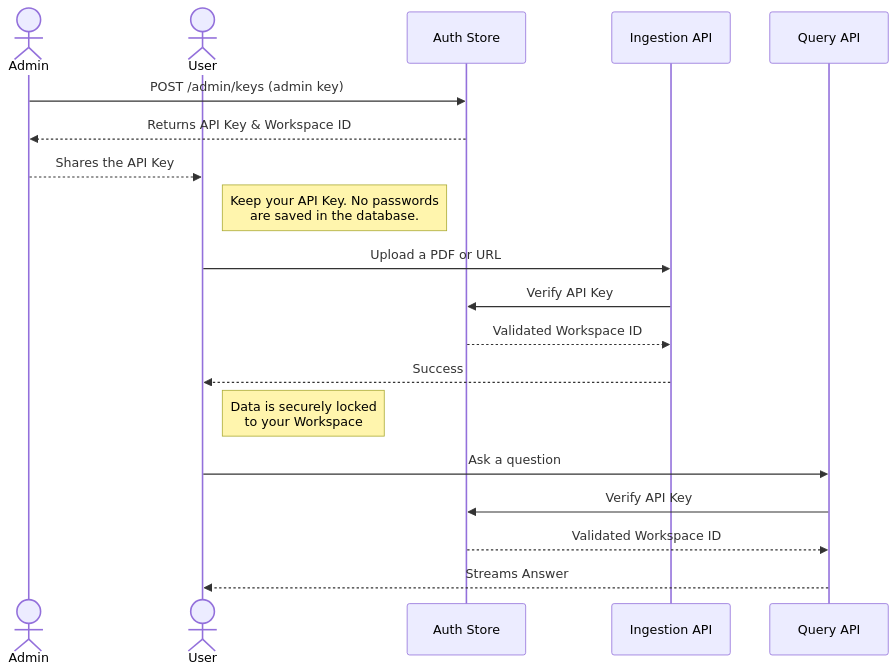
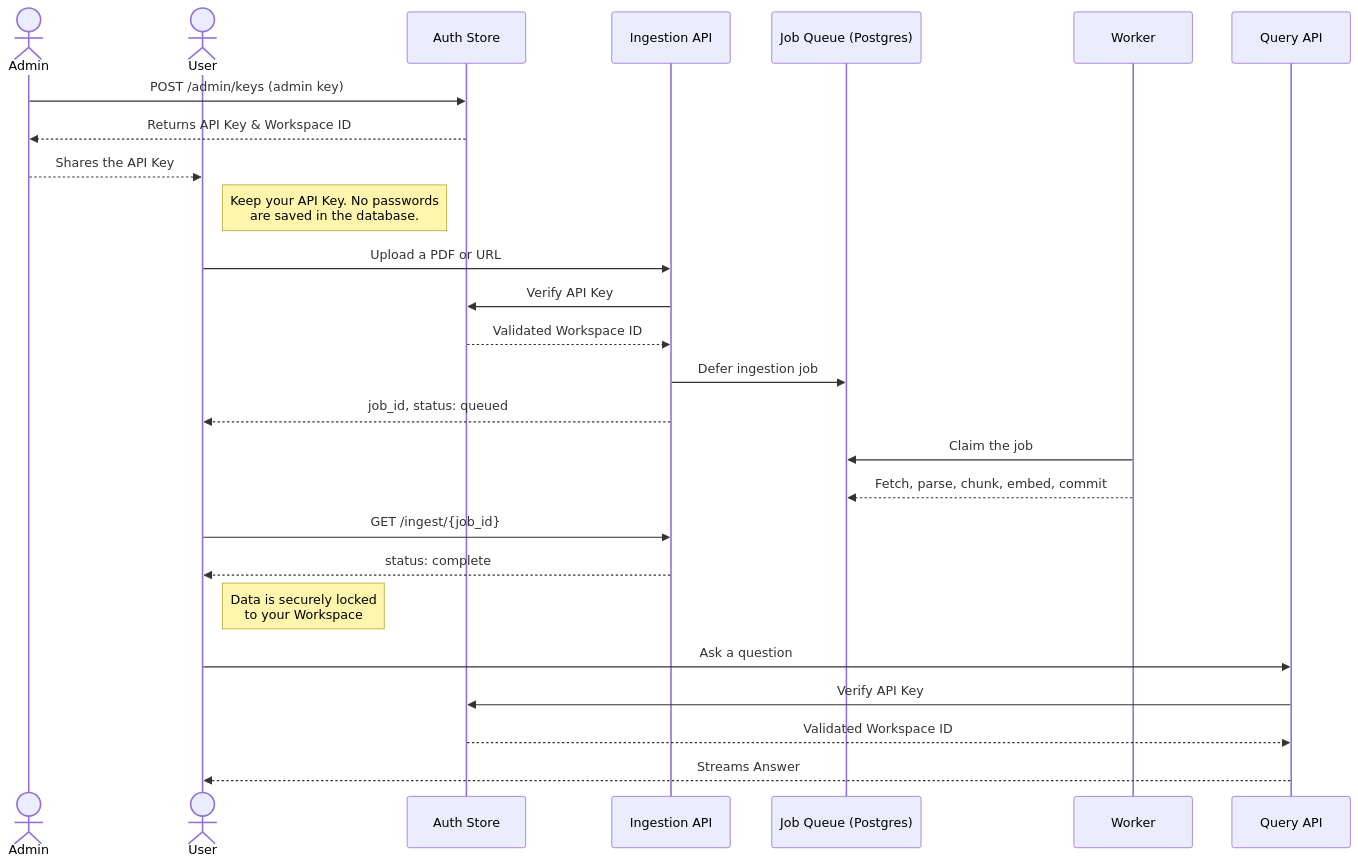
Before and after one commit to rudrabaru/nexus-rag: the first of 4 diagrams in README.md, drawn with Mermaid. The commit also changed other lines of this file and 3 other files, not shown here.

Commit message:
docs: update documentation for the Postgres and job-queue redesign

````diff
--- a/README.md
+++ b/README.md
@@ -108,27 +114,34 @@
 ```mermaid
 sequenceDiagram
     actor Admin
     actor User
     participant Auth as Auth Store
     participant Ingest as Ingestion API
+    participant Queue as Job Queue (Postgres)
+    participant Worker
     participant Query as Query API
 
     %% Key provisioning (admin only; there is no open sign-up)
     Admin->>Auth: POST /admin/keys (admin key)
     Auth-->>Admin: Returns API Key & Workspace ID
     Admin-->>User: Shares the API Key
     Note right of User: Keep your API Key. No passwords<br/>are saved in the database.
 
-    %% Ingestion
+    %% Ingestion: the API only validates and queues
     User->>Ingest: Upload a PDF or URL
     Ingest->>Auth: Verify API Key
     Auth-->>Ingest: Validated Workspace ID
-    Ingest-->>User: Success
+    Ingest->>Queue: Defer ingestion job
+    Ingest-->>User: job_id, status: queued
+    Worker->>Queue: Claim the job
+    Worker-->>Queue: Fetch, parse, chunk, embed, commit
+    User->>Ingest: GET /ingest/{job_id}
+    Ingest-->>User: status: complete
     Note right of User: Data is securely locked<br/>to your Workspace
 
     %% Querying
     User->>Query: Ask a question
     Query->>Auth: Verify API Key
     Auth-->>Query: Validated Workspace ID
     Query-->>User: Streams Answer
 ```
````
